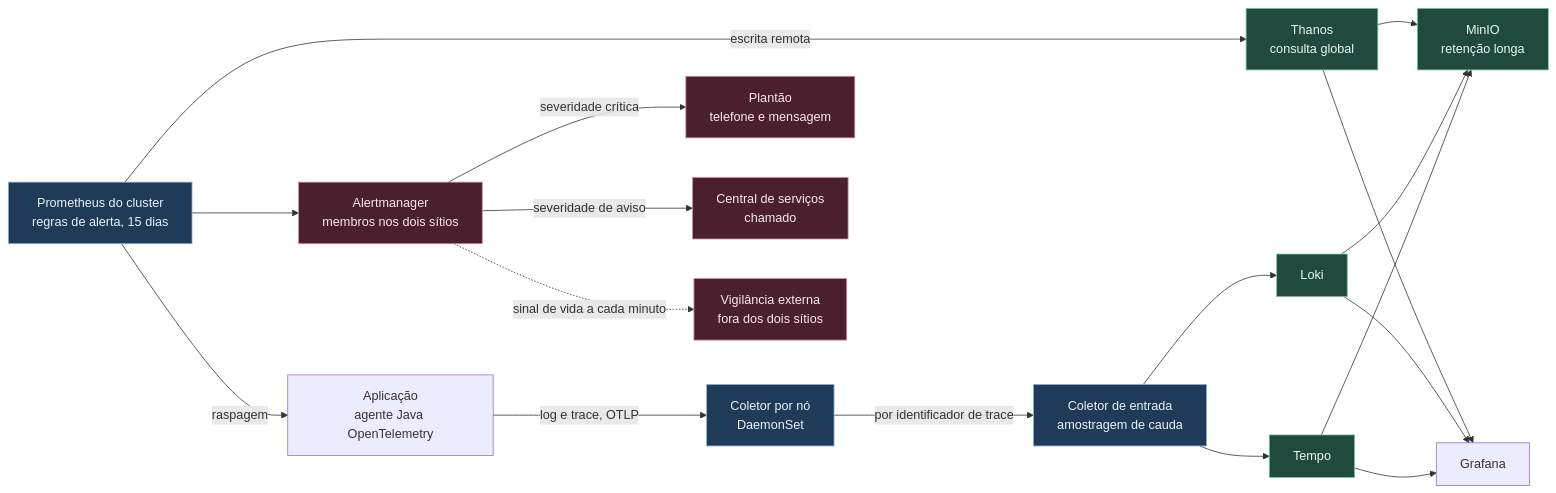
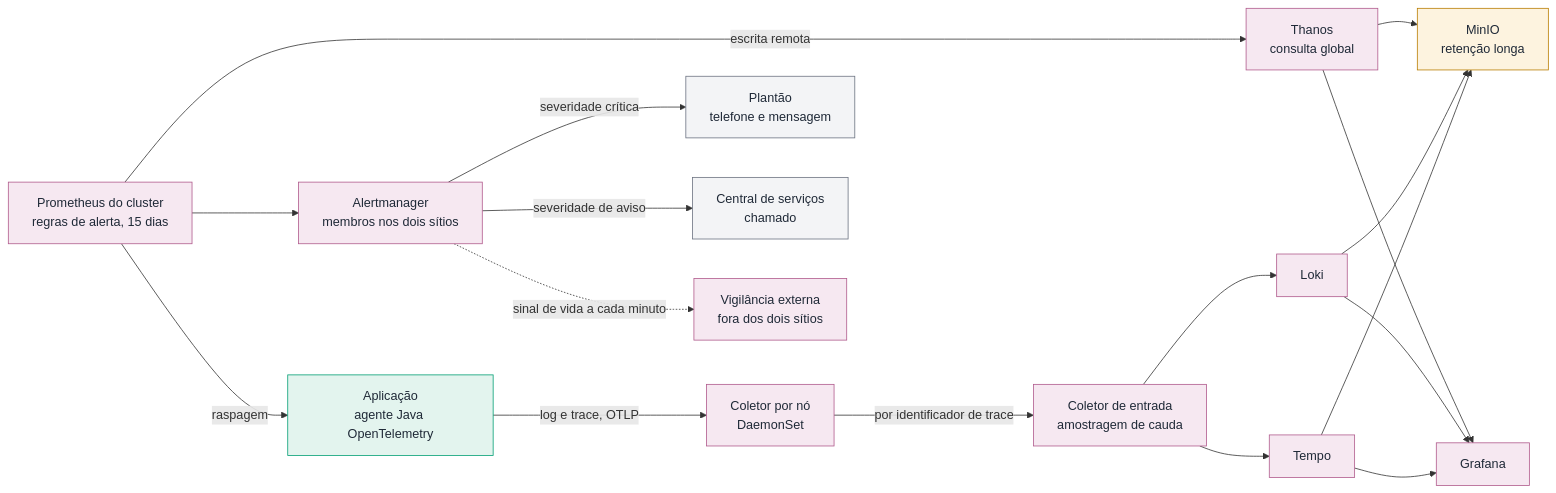
The diagram in docs/04-observabilidade.md (DiegoAmorimDev/plataforma-entrega-sefaz), drawn with Mermaid before and after one commit. The commit also changed other lines of this file and 12 other files, not shown here.

````diff
--- a/docs/04-observabilidade.md
+++ b/docs/04-observabilidade.md
@@ -16,42 +18,44 @@
 ```mermaid
 flowchart LR
     APP["Aplicação<br/>agente Java OpenTelemetry"]
     NODE["Coletor por nó<br/>DaemonSet"]
     GW["Coletor de entrada<br/>amostragem de cauda"]
     PROM["Prometheus do cluster<br/>regras de alerta, 15 dias"]
     AM["Alertmanager<br/>membros nos dois sítios"]
     THA["Thanos<br/>consulta global"]
     LOKI["Loki"]
     TEMPO["Tempo"]
     MINIO["MinIO<br/>retenção longa"]
     GRAF["Grafana"]
     ZAP["Plantão<br/>telefone e mensagem"]
     SD["Central de serviços<br/>chamado"]
     VIG["Vigilância externa<br/>fora dos dois sítios"]
 
     APP -->|log e trace, OTLP| NODE
     NODE -->|por identificador de trace| GW
     GW --> LOKI
     GW --> TEMPO
     PROM -->|raspagem| APP
     PROM -->|escrita remota| THA
     THA --> MINIO
     LOKI --> MINIO
     TEMPO --> MINIO
 
     THA --> GRAF
     LOKI --> GRAF
     TEMPO --> GRAF
 
     PROM --> AM
     AM -->|severidade crítica| ZAP
     AM -->|severidade de aviso| SD
     AM -.->|sinal de vida a cada minuto| VIG
 
-    classDef col fill:#1f3b57,stroke:#8fb8de,color:#eaf2fa
-    classDef arm fill:#1f4a3d,stroke:#7fc8ab,color:#eafaf3
-    classDef saida fill:#4a1f2e,stroke:#d98fa6,color:#fae9ef
-    class NODE,GW,PROM col
-    class THA,LOKI,TEMPO,MINIO arm
-    class AM,ZAP,SD,VIG saida
+    classDef execucao fill:#E3F4EE,stroke:#009E73,color:#1F2937
+    classDef observacao fill:#F6E8F1,stroke:#B05A8C,color:#1F2937
+    classDef dados fill:#FDF3DF,stroke:#B87D00,color:#1F2937
+    classDef neutro fill:#F3F4F6,stroke:#6B7280,color:#1F2937
+    class APP execucao
+    class NODE,GW,PROM,AM,THA,LOKI,TEMPO,GRAF,VIG observacao
+    class MINIO dados
+    class ZAP,SD neutro
 ```
````
